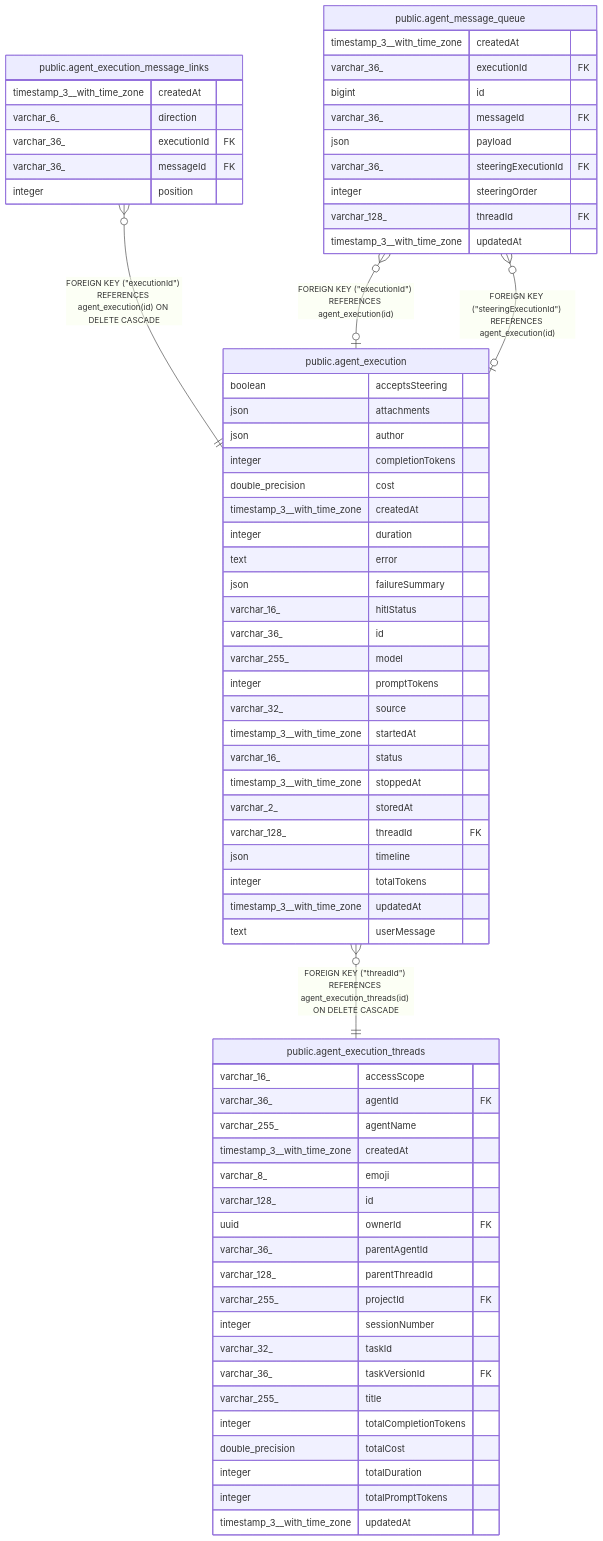
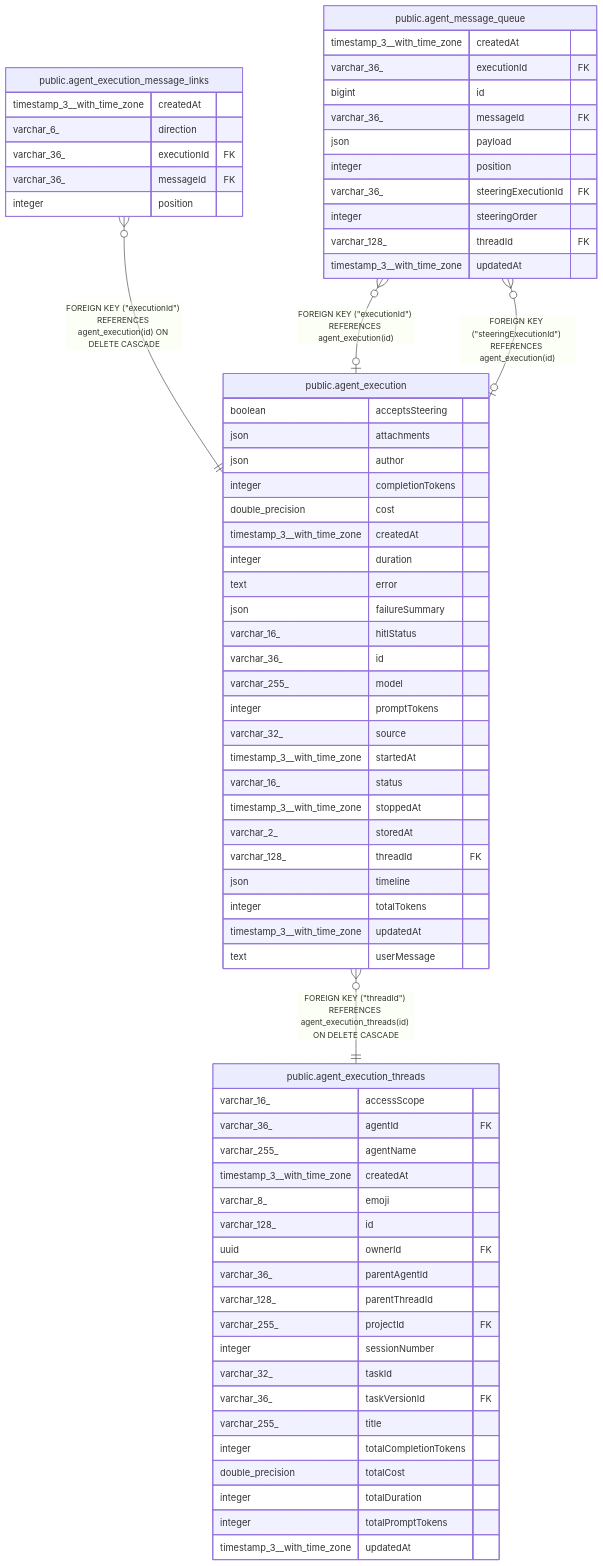
The diagram in docs/generated/postgres-schema/public.agent_execution.md (sreent/n8n), drawn with Mermaid before and after one commit. The commit also changed 3224 other files, not shown here.

````diff
--- a/docs/generated/postgres-schema/public.agent_execution.md
+++ b/docs/generated/postgres-schema/public.agent_execution.md
@@ -59,73 +59,74 @@
 ```mermaid
 erDiagram
 
 "public.agent_execution_message_links" }o--|| "public.agent_execution" : "FOREIGN KEY (#quot;executionId#quot;) REFERENCES agent_execution(id) ON DELETE CASCADE"
 "public.agent_message_queue" }o--o| "public.agent_execution" : "FOREIGN KEY (#quot;executionId#quot;) REFERENCES agent_execution(id)"
 "public.agent_message_queue" }o--o| "public.agent_execution" : "FOREIGN KEY (#quot;steeringExecutionId#quot;) REFERENCES agent_execution(id)"
 "public.agent_execution" }o--|| "public.agent_execution_threads" : "FOREIGN KEY (#quot;threadId#quot;) REFERENCES agent_execution_threads(id) ON DELETE CASCADE"
 
 "public.agent_execution" {
   boolean acceptsSteering
   json attachments
   json author
   integer completionTokens
   double_precision cost
   timestamp_3__with_time_zone createdAt
   integer duration
   text error
   json failureSummary
   varchar_16_ hitlStatus
   varchar_36_ id
   varchar_255_ model
   integer promptTokens
   varchar_32_ source
   timestamp_3__with_time_zone startedAt
   varchar_16_ status
   timestamp_3__with_time_zone stoppedAt
   varchar_2_ storedAt
   varchar_128_ threadId FK
   json timeline
   integer totalTokens
   timestamp_3__with_time_zone updatedAt
   text userMessage
 }
 "public.agent_execution_message_links" {
   timestamp_3__with_time_zone createdAt
   varchar_6_ direction
   varchar_36_ executionId FK
   varchar_36_ messageId FK
   integer position
 }
 "public.agent_message_queue" {
   timestamp_3__with_time_zone createdAt
   varchar_36_ executionId FK
   bigint id
   varchar_36_ messageId FK
   json payload
+  integer position
   varchar_36_ steeringExecutionId FK
   integer steeringOrder
   varchar_128_ threadId FK
   timestamp_3__with_time_zone updatedAt
 }
 "public.agent_execution_threads" {
   varchar_16_ accessScope
   varchar_36_ agentId FK
   varchar_255_ agentName
   timestamp_3__with_time_zone createdAt
   varchar_8_ emoji
   varchar_128_ id
   uuid ownerId FK
   varchar_36_ parentAgentId
   varchar_128_ parentThreadId
   varchar_255_ projectId FK
   integer sessionNumber
   varchar_32_ taskId
   varchar_36_ taskVersionId FK
   varchar_255_ title
   integer totalCompletionTokens
   double_precision totalCost
   integer totalDuration
   integer totalPromptTokens
   timestamp_3__with_time_zone updatedAt
 }
 ```
````
